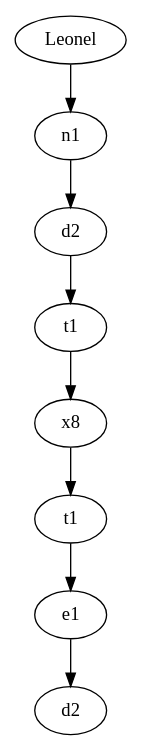
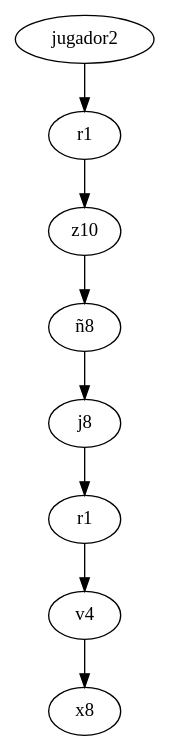
Before and after one commit to Mynor16/Practica1s12017_201213197: the diagram in src/PLCircular/GraficaMano.dot, drawn with Graphviz. The commit also changed 11 other files, not shown here.

```diff
--- a/src/PLCircular/GraficaMano.dot
+++ b/src/PLCircular/GraficaMano.dot
@@ -1,18 +1,18 @@
 digraph G 
  { 
-Leonel;
-0 [label=n1];
-1 [label=d2];
-2 [label=t1];
-3 [label=x8];
-4 [label=t1];
-5 [label=e1];
-6 [label=d2];
-Leonel->0;
+jugador2;
+0 [label=r1];
+1 [label=z10];
+2 [label=ñ8];
+3 [label=j8];
+4 [label=r1];
+5 [label=v4];
+6 [label=x8];
+jugador2->0;
 0->1;
 1->2;
 2->3;
 3->4;
 4->5;
 5->6;
 }
```
